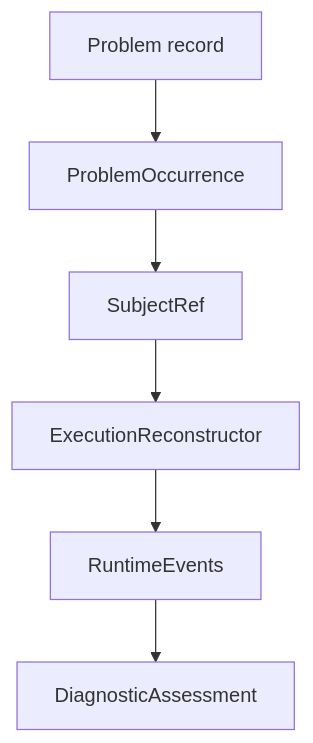
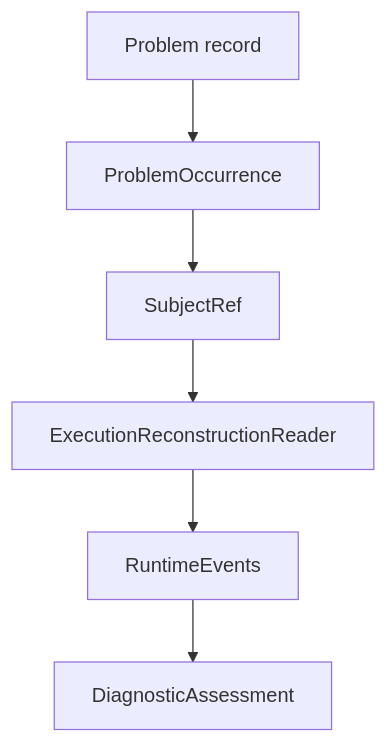
Before and after one commit to jakbuczarnecki/intergrax: the third of 3 diagrams in docs/project/architecture/DIAGNOSTICS.md, drawn with Mermaid. The commit also changed other lines of this file and 4 other files, not shown here.

First line of the commit message:
DIAG-READ-SCALE: deduplicate execution reconstruction in diagnostic reads

````diff
--- a/docs/project/architecture/DIAGNOSTICS.md
+++ b/docs/project/architecture/DIAGNOSTICS.md
@@ -350,11 +360,11 @@
 ```mermaid
 flowchart TB
     P[Problem record]
     O[ProblemOccurrence]
     S[SubjectRef]
-    ER[ExecutionReconstructor]
+    ER[ExecutionReconstructionReader]
     RE[RuntimeEvents]
     A[DiagnosticAssessment]
 
     P --> O --> S --> ER --> RE --> A
 ```
````
